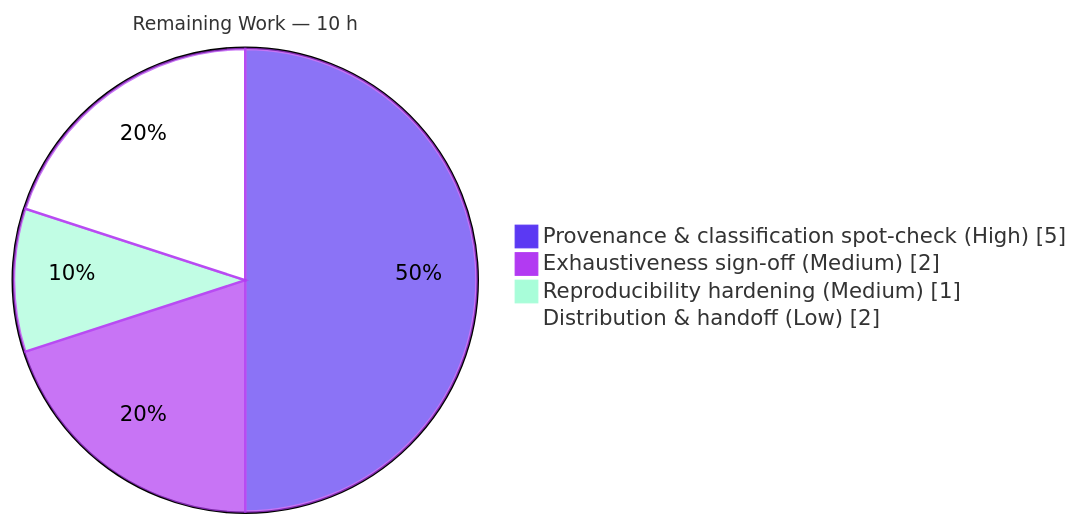
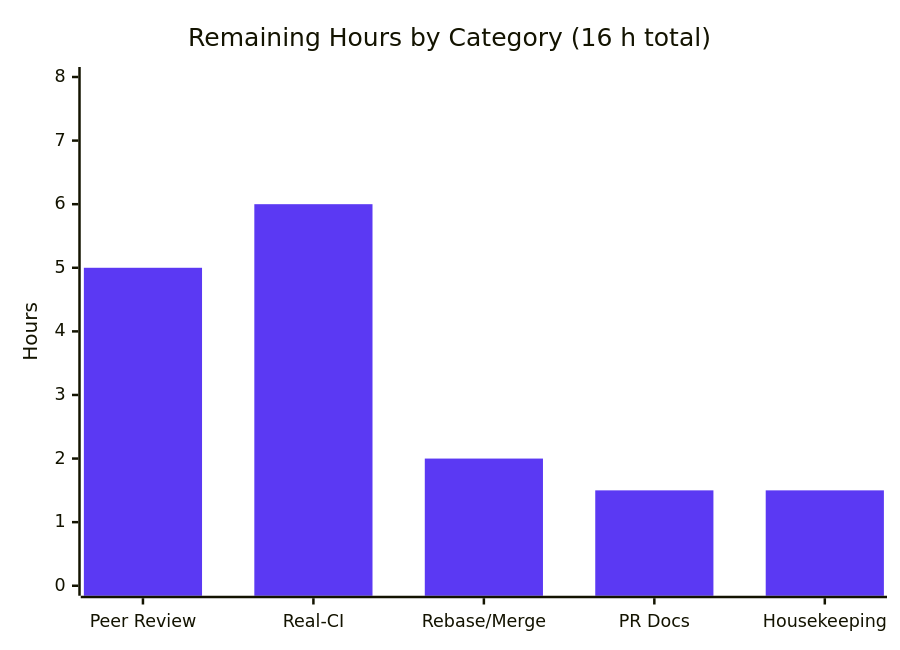
One commit to blitzy-public-samples/ardupilot-blitzy changed the third of 3 diagrams in blitzy/documentation/Project Guide.md. Above: the diagram before and after it, drawn with Mermaid. The commit also changed other lines of this file, not shown here.

Commit message:
Adding Blitzy Project Guide: Project Status and Human Tasks Remaining

````diff
--- a/blitzy/documentation/Project Guide.md
+++ b/blitzy/documentation/Project Guide.md
@@ -198,8 +219,8 @@
 ```mermaid
-%%{init: {'theme':'base', 'themeVariables': {'pie1':'#5B39F3','pie2':'#B23AF2','pie3':'#A8FDD9','pie4':'#FFFFFF','pieStrokeColor':'#B23AF2','pieSectionTextColor':'#000000','pieTitleTextSize':'15px'}}}%%
-pie showData title Remaining Work — 10 h
-    "Provenance & classification spot-check (High)" : 5
-    "Exhaustiveness sign-off (Medium)" : 2
-    "Reproducibility hardening (Medium)" : 1
-    "Distribution & handoff (Low)" : 2
+%%{init: {'theme':'base','themeVariables':{'xyChart':{'plotColorPalette':'#5B39F3'}}}}%%
+xychart-beta
+    title "Remaining Hours by Category (16 h total)"
+    x-axis ["Peer Review", "Real-CI", "Rebase/Merge", "PR Docs", "Housekeeping"]
+    y-axis "Hours" 0 --> 8
+    bar [5, 6, 2, 1.5, 1.5]
 ```
````
